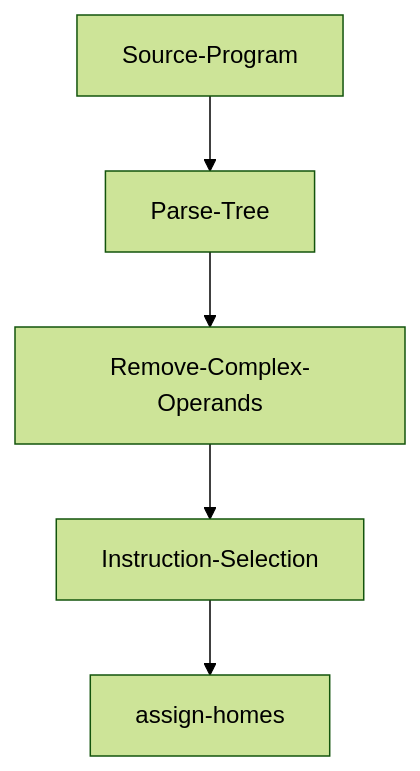
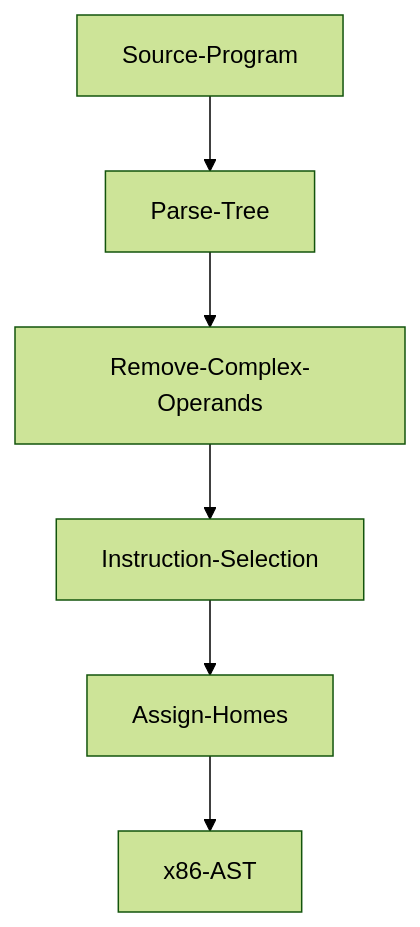
The diagram in README.md (Jobhdez/core), drawn with Mermaid (forest theme) before and after one commit. The commit also changed other lines of this file, not shown here.

````diff
--- a/README.md
+++ b/README.md
@@ -49,7 +49,9 @@
 ```mermaid
 graph TD;
     Source-Program-->Parse-Tree;
     Parse-Tree-->Remove-Complex-Operands;
     Remove-Complex-Operands-->Instruction-Selection;
-    Instruction-Selection-->assign-homes;
+    Instruction-Selection-->Assign-Homes;
+    Assign-Homes-->x86-AST;
+
 ```
````
